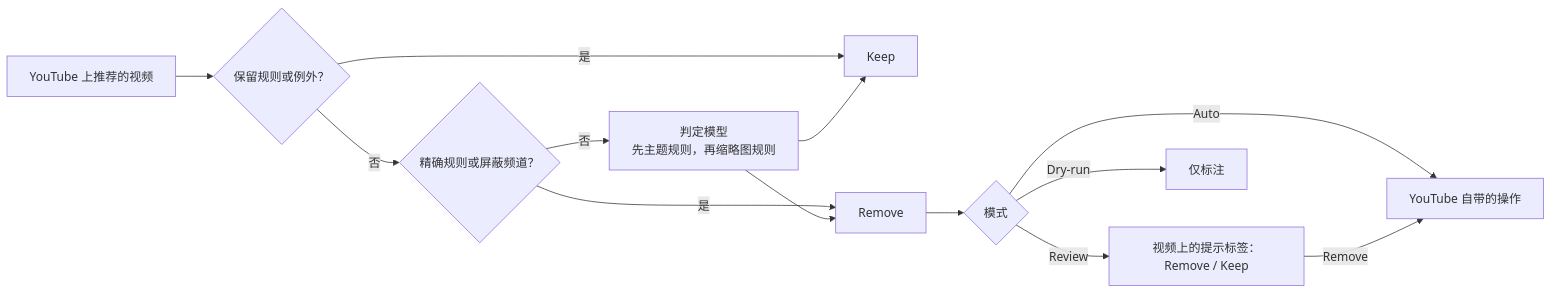
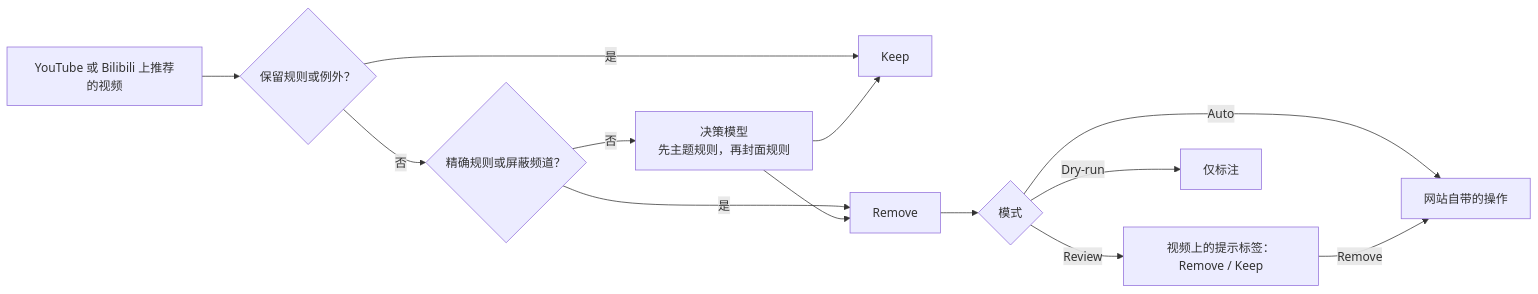
Before and after one commit to Laoweek/shoo: the diagram in docs/i18n/README.zh-CN.md, drawn with Mermaid. The commit also changed other lines of this file and 211 other files, not shown here.

````diff
--- a/docs/i18n/README.zh-CN.md
+++ b/docs/i18n/README.zh-CN.md
@@ -23,15 +23,15 @@
 ```mermaid
 flowchart LR
-  T[YouTube 上推荐的视频] --> K{保留规则或例外？}
+  T[YouTube 或 Bilibili 上推荐的视频] --> K{保留规则或例外？}
   K -- 是 --> Keep[Keep]
   K -- 否 --> E{精确规则或屏蔽频道？}
   E -- 是 --> V[Remove]
-  E -- 否 --> M[判定模型<br/>先主题规则，再缩略图规则]
+  E -- 否 --> M[决策模型<br/>先主题规则，再封面规则]
   M --> V
   M --> Keep
   V --> Mode{模式}
-  Mode -- Auto --> A[YouTube 自带的操作]
+  Mode -- Auto --> A[网站自带的操作]
   Mode -- Review --> C[视频上的提示标签：Remove / Keep]
   Mode -- Dry-run --> L[仅标注]
   C -- Remove --> A
 ```
````
